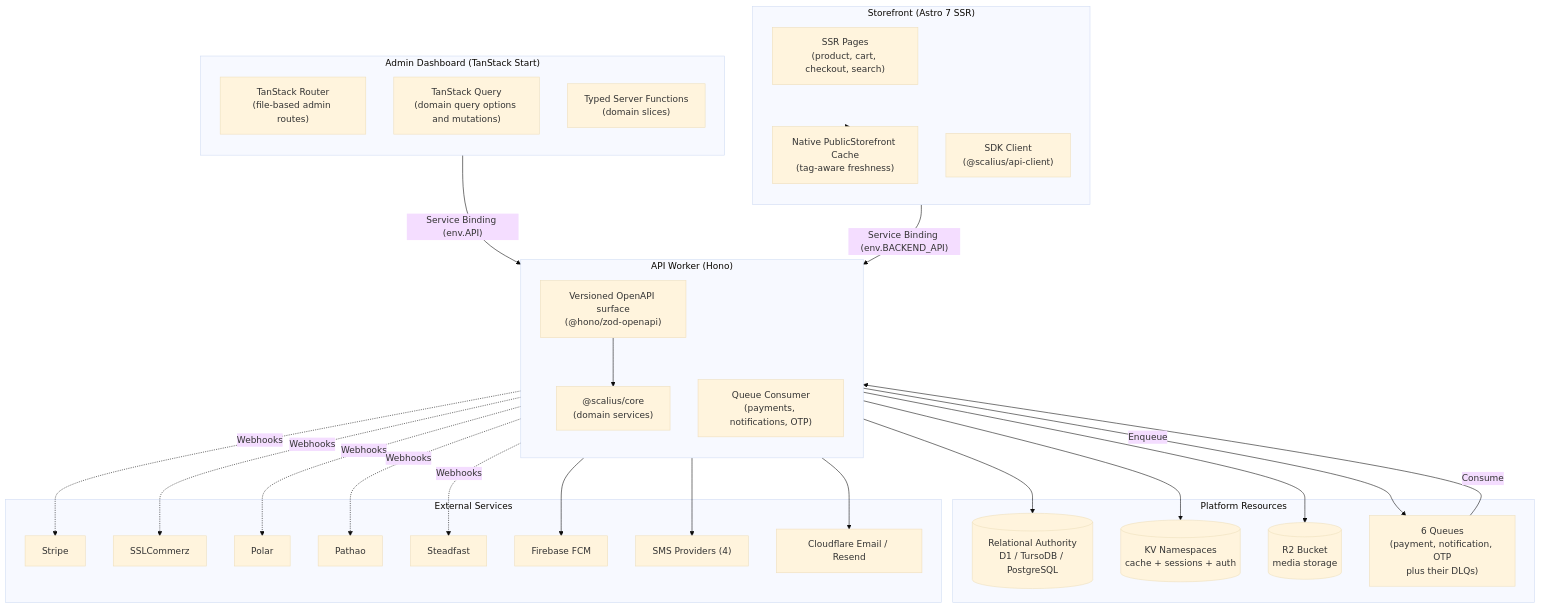
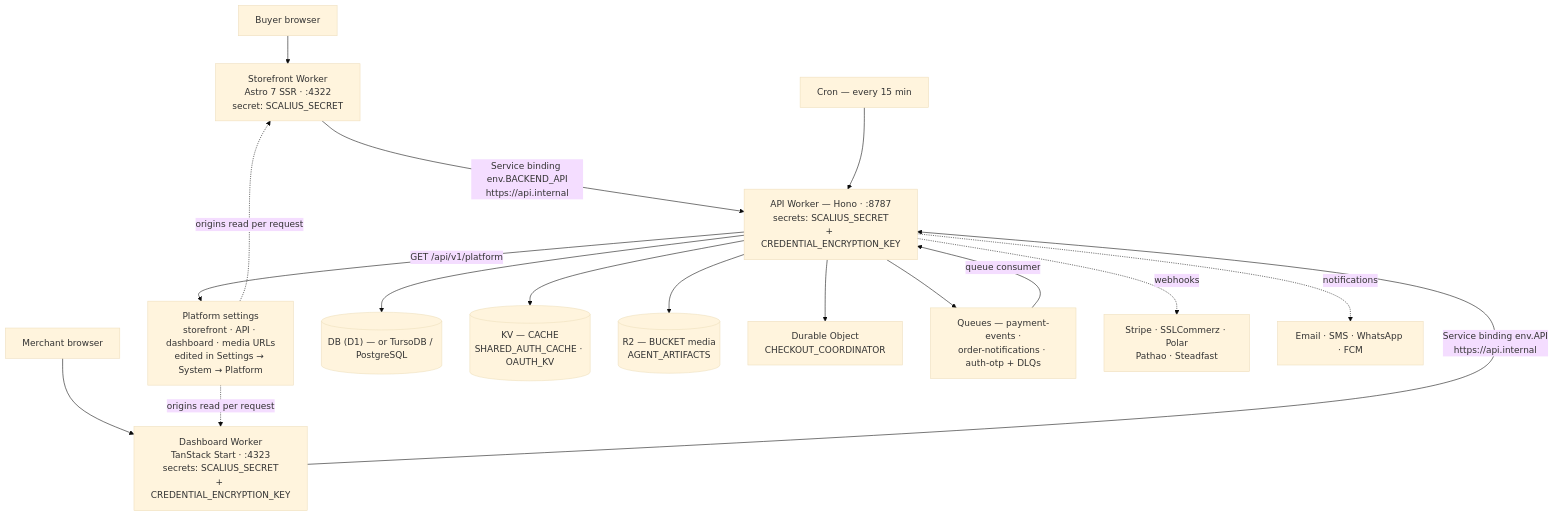
The diagram in README.md (scaliuslabs/scalius-commerce-lite), drawn with Mermaid (base theme) before and after one commit. The commit also changed other lines of this file and 177 other files, not shown here.

````diff
--- a/README.md
+++ b/README.md
@@ -86,60 +82,25 @@
 ```mermaid
 flowchart TB
-    subgraph AdminV2 ["Admin Dashboard (TanStack Start)"]
-        direction TB
-        TSRouter["TanStack Router<br/>(file-based admin routes)"]
-        TSQuery["TanStack Query<br/>(domain query options and mutations)"]
-        ServerFns["Typed Server Functions<br/>(domain slices)"]
-    end
+    Buyer["Buyer browser"] --> SF["Storefront Worker<br/>Astro 7 SSR · :4322<br/>secret: SCALIUS_SECRET"]
+    Merchant["Merchant browser"] --> AD["Dashboard Worker<br/>TanStack Start · :4323<br/>secrets: SCALIUS_SECRET<br/>+ CREDENTIAL_ENCRYPTION_KEY"]
 
-    subgraph Storefront ["Storefront (Astro 7 SSR)"]
-        direction TB
-        AstroPages["SSR Pages<br/>(product, cart, checkout, search)"]
-        EdgeCache["Native PublicStorefront Cache<br/>(tag-aware freshness)"]
-        SDKClient["SDK Client<br/>(@scalius/api-client)"]
-    end
+    SF -->|"Service binding env.BACKEND_API<br/>https://api.internal"| API
+    AD -->|"Service binding env.API<br/>https://api.internal"| API
 
-    subgraph API ["API Worker (Hono)"]
-        direction TB
-        HonoApp["Versioned OpenAPI surface<br/>(@hono/zod-openapi)"]
-        QueueConsumer["Queue Consumer<br/>(payments, notifications, OTP)"]
-        CoreModules["@scalius/core<br/>(domain services)"]
-    end
+    API["API Worker — Hono · :8787<br/>secrets: SCALIUS_SECRET<br/>+ CREDENTIAL_ENCRYPTION_KEY"]
 
-    subgraph Infra ["Platform Resources"]
-        RelationalDB[(Relational Authority<br/>D1 / TursoDB / PostgreSQL)]
-        KV[(KV Namespaces<br/>cache + sessions + auth)]
-        R2[(R2 Bucket<br/>media storage)]
-        Queues["6 Queues<br/>(payment, notification, OTP<br/>plus their DLQs)"]
-    end
+    API -->|"GET /api/v1/platform"| PLAT["Platform settings<br/>storefront · API · dashboard · media URLs<br/>edited in Settings → System → Platform"]
+    PLAT -. "origins read per request" .-> SF
+    PLAT -. "origins read per request" .-> AD
 
-    subgraph External ["External Services"]
-        Stripe["Stripe"]
-        SSLCommerz["SSLCommerz"]
-        Polar["Polar"]
-        Pathao["Pathao"]
-        Steadfast["Steadfast"]
-        Firebase["Firebase FCM"]
-        SMS["SMS Providers (4)"]
-        EmailProvider["Cloudflare Email / Resend"]
-    end
+    API --> DB[("DB (D1) — or TursoDB / PostgreSQL")]
+    API --> KV[("KV — CACHE<br/>SHARED_AUTH_CACHE · OAUTH_KV")]
+    API --> R2[("R2 — BUCKET media<br/>AGENT_ARTIFACTS")]
+    API --> CHECKOUTDO["Durable Object<br/>CHECKOUT_COORDINATOR"]
+    API --> Q["Queues — payment-events ·<br/>order-notifications · auth-otp + DLQs"]
+    Q -->|"queue consumer"| API
+    CRON["Cron — every 15 min"] --> API
 
-    AdminV2 -->|"Service Binding (env.API)"| API
-    Storefront -->|"Service Binding (env.BACKEND_API)"| API
-    API --> RelationalDB
-    API --> KV
-    API --> R2
-    API -->|Enqueue| Queues
-    Queues -->|Consume| QueueConsumer
-    QueueConsumer --> Firebase
-    QueueConsumer --> SMS
-    QueueConsumer --> EmailProvider
-    HonoApp --> CoreModules
-    Storefront --> EdgeCache
-
-    API -.->|Webhooks| Stripe
-    API -.->|Webhooks| SSLCommerz
-    API -.->|Webhooks| Polar
-    API -.->|Webhooks| Pathao
-    API -.->|Webhooks| Steadfast
+    API -.->|"webhooks"| EXT["Stripe · SSLCommerz · Polar<br/>Pathao · Steadfast"]
+    API -.->|"notifications"| NOTIF["Email · SMS · WhatsApp · FCM"]
 ```
````
